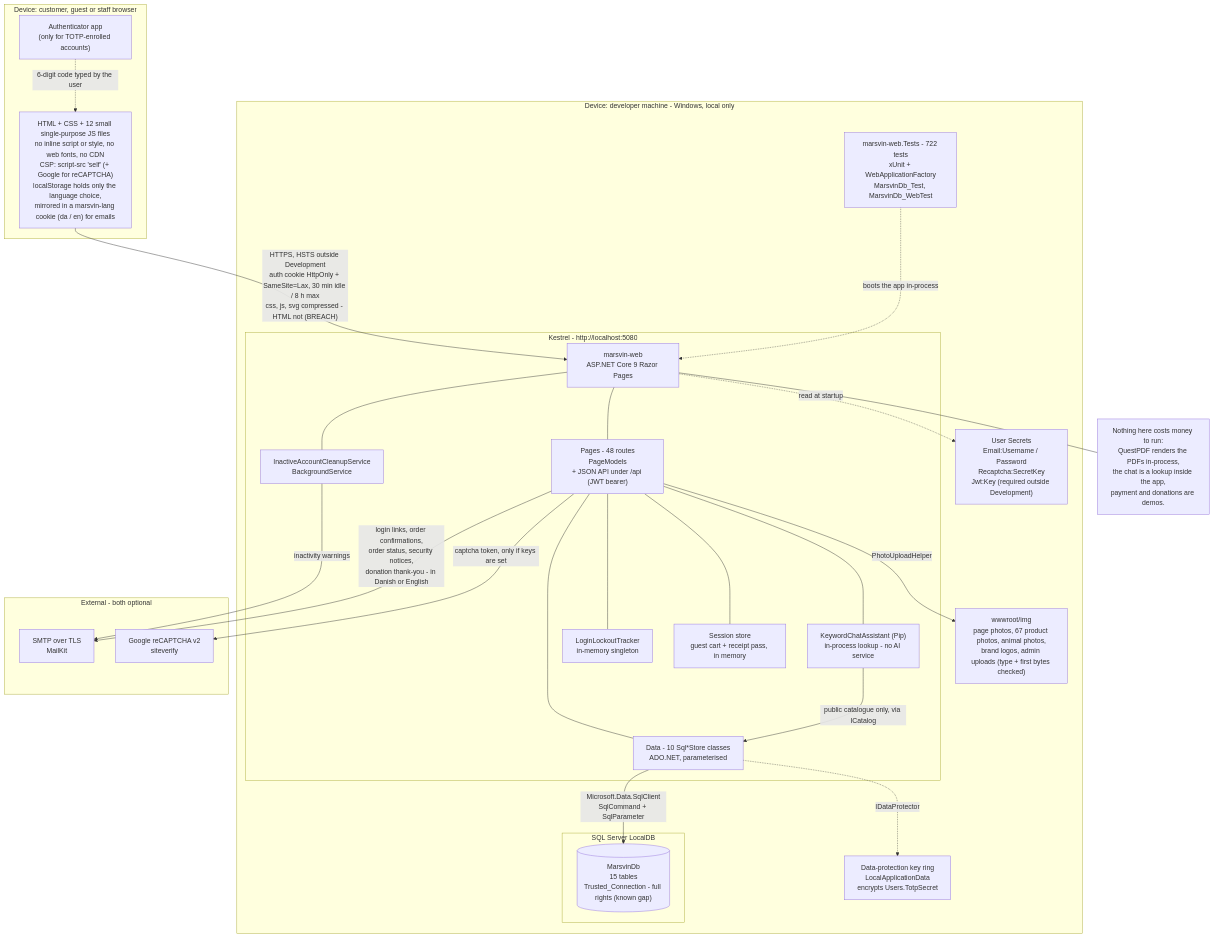
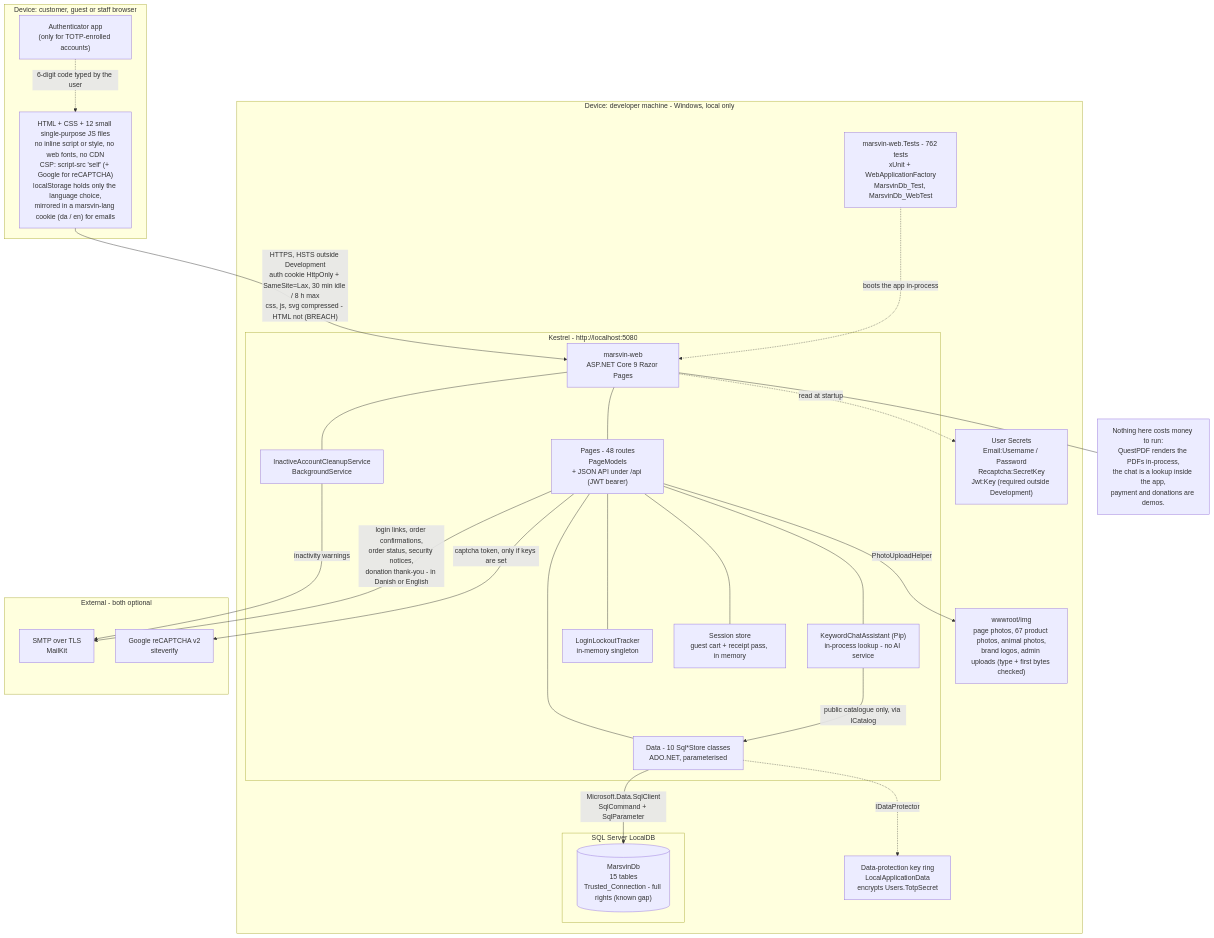
Before and after one commit to Elvie-Abarth/Esti-whent-creazy-whit-the-protject: the diagram in diagrams/marsvin-deployment.mermaid, drawn with Mermaid. The commit also changed 22 other files, not shown here.

```diff
--- a/diagrams/marsvin-deployment.mermaid
+++ b/diagrams/marsvin-deployment.mermaid
@@ -1,50 +1,50 @@
 flowchart TB
     subgraph CLIENT["Device: customer, guest or staff browser"]
         BROWSER["HTML + CSS + 12 small single-purpose JS files<br/>no inline script or style, no web fonts, no CDN<br/>CSP: script-src 'self' (+ Google for reCAPTCHA)<br/>localStorage holds only the language choice,<br/>mirrored in a marsvin-lang cookie (da / en) for emails"]
         AUTHAPP["Authenticator app<br/>(only for TOTP-enrolled accounts)"]
     end
 
     subgraph DEV["Device: developer machine - Windows, local only"]
         subgraph KESTREL["Kestrel - http://localhost:5080"]
             APP["marsvin-web<br/>ASP.NET Core 9 Razor Pages"]
             PAGES["Pages - 48 routes<br/>PageModels<br/>+ JSON API under /api (JWT bearer)"]
             STORES["Data - 10 Sql*Store classes<br/>ADO.NET, parameterised"]
             CHATBOT["KeywordChatAssistant (Pip)<br/>in-process lookup - no AI service"]
             BG["InactiveAccountCleanupService<br/>BackgroundService"]
             LOCK["LoginLockoutTracker<br/>in-memory singleton"]
             SESS["Session store<br/>guest cart + receipt pass, in memory"]
             APP --- PAGES
             PAGES --- STORES
             PAGES --- CHATBOT
             APP --- BG
             PAGES --- LOCK
             PAGES --- SESS
         end
         subgraph SQL["SQL Server LocalDB"]
             DBASE[("MarsvinDb<br/>15 tables<br/>Trusted_Connection - full rights (known gap)")]
         end
         KEYS["Data-protection key ring<br/>LocalApplicationData<br/>encrypts Users.TotpSecret"]
         UPLOADS["wwwroot/img<br/>page photos, 67 product photos, animal photos,<br/>brand logos, admin uploads (type + first bytes checked)"]
         SECRETS["User Secrets<br/>Email:Username / Password<br/>Recaptcha:SecretKey<br/>Jwt:Key (required outside Development)"]
-        TESTS["marsvin-web.Tests - 722 tests<br/>xUnit + WebApplicationFactory<br/>MarsvinDb_Test, MarsvinDb_WebTest"]
+        TESTS["marsvin-web.Tests - 762 tests<br/>xUnit + WebApplicationFactory<br/>MarsvinDb_Test, MarsvinDb_WebTest"]
     end
 
     subgraph EXT["External - both optional"]
         SMTPSVC["SMTP over TLS<br/>MailKit"]
         GRECAP["Google reCAPTCHA v2<br/>siteverify"]
     end
 
     BROWSER -->|"HTTPS, HSTS outside Development<br/>auth cookie HttpOnly + SameSite=Lax, 30 min idle / 8 h max<br/>css, js, svg compressed - HTML not (BREACH)"| APP
     AUTHAPP -.->|"6-digit code typed by the user"| BROWSER
     STORES -->|"Microsoft.Data.SqlClient<br/>SqlCommand + SqlParameter"| DBASE
     CHATBOT -->|"public catalogue only, via ICatalog"| STORES
     STORES -.->|"IDataProtector"| KEYS
     PAGES -->|"PhotoUploadHelper"| UPLOADS
     APP -.->|"read at startup"| SECRETS
     BG -->|"inactivity warnings"| SMTPSVC
     PAGES -->|"login links, order confirmations,<br/>order status, security notices,<br/>donation thank-you - in Danish or English"| SMTPSVC
     PAGES -->|"captcha token, only if keys are set"| GRECAP
     TESTS -.->|"boots the app in-process"| APP
 
     NOTE["Nothing here costs money to run:<br/>QuestPDF renders the PDFs in-process,<br/>the chat is a lookup inside the app,<br/>payment and donations are demos."]
     APP --- NOTE
```
